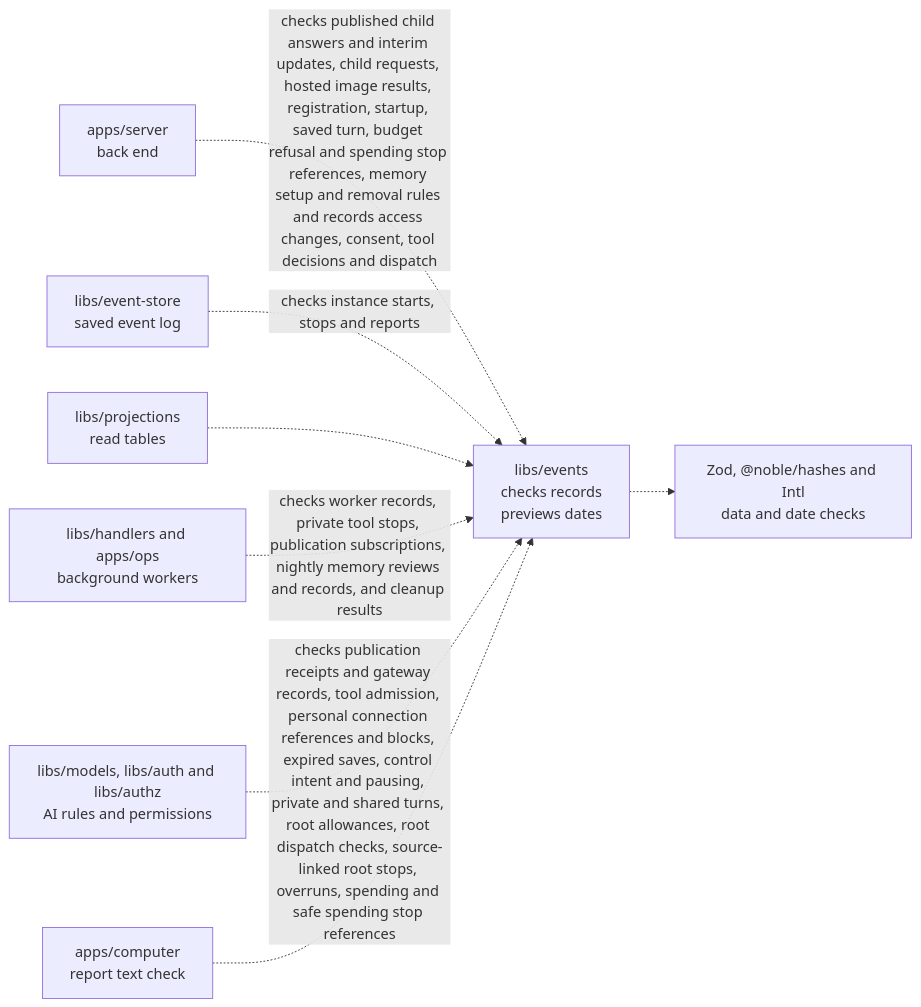
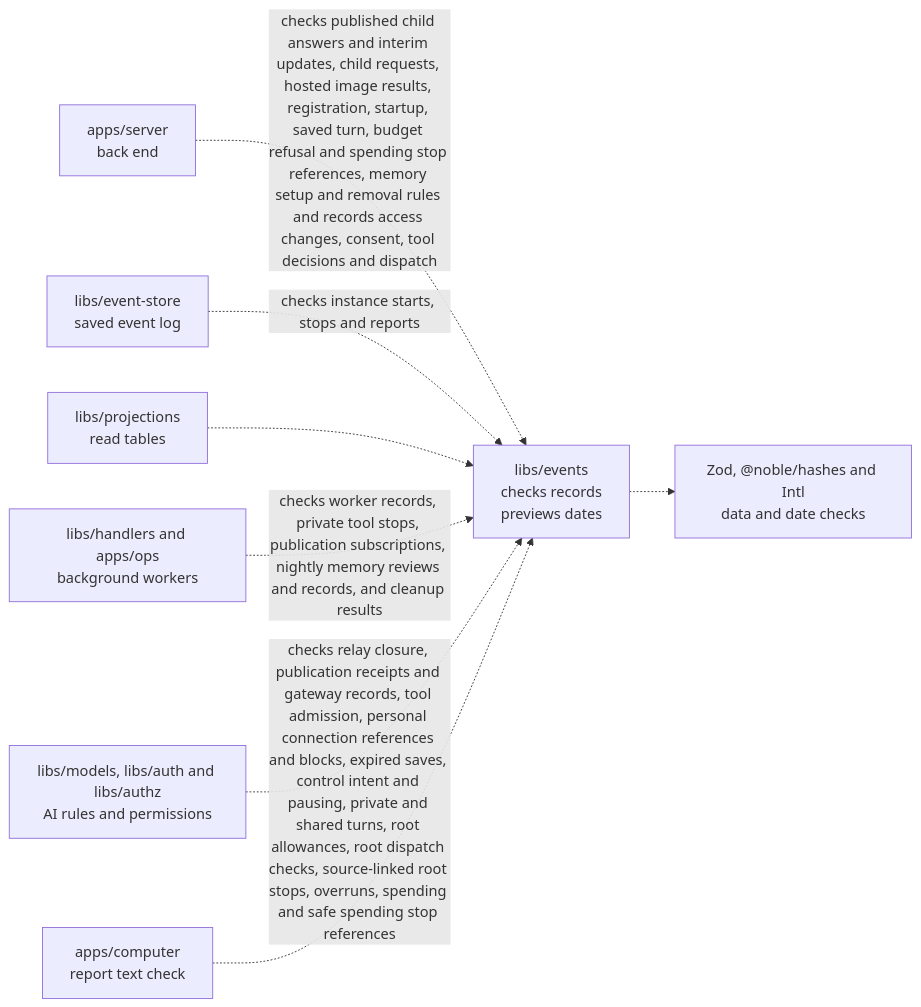
The diagram in libs/events/README.md (elewa-git/opencrane-new), drawn with Mermaid before and after one commit. The commit also changed other lines of this file and 13 other files, not shown here.

Commit message:
🧾 Save durable relay closure and outage receipts

````diff
--- a/libs/events/README.md
+++ b/libs/events/README.md
@@ -27,10 +27,10 @@
 ```mermaid
 flowchart LR
   server["apps/server<br/>back end"] -.->|checks published child answers and interim updates, child requests, hosted image results, registration, startup, saved turn, budget refusal and spending stop references, memory setup and removal rules and records access changes, consent, tool decisions and dispatch| events["libs/events<br/>checks records<br/>previews dates"]
   store["libs/event-store<br/>saved event log"] -.->|checks instance starts, stops and reports| events
   projections["libs/projections<br/>read tables"] -.-> events
   workers["libs/handlers and apps/ops<br/>background workers"] -.->|checks worker records, private tool stops, publication subscriptions, nightly memory reviews and records, and cleanup results| events
-  others["libs/models, libs/auth and libs/authz<br/>AI rules and permissions"] -.->|checks publication receipts and gateway records, tool admission, personal connection references and blocks, expired saves, control intent and pausing, private and shared turns, root allowances, root dispatch checks, source-linked root stops, overruns, spending and safe spending stop references| events
+  others["libs/models, libs/auth and libs/authz<br/>AI rules and permissions"] -.->|checks relay closure, publication receipts and gateway records, tool admission, personal connection references and blocks, expired saves, control intent and pausing, private and shared turns, root allowances, root dispatch checks, source-linked root stops, overruns, spending and safe spending stop references| events
   computer["apps/computer<br/>report text check"] -.-> events
   events -.-> checks["Zod, @noble/hashes and Intl<br/>data and date checks"]
 ```
````
